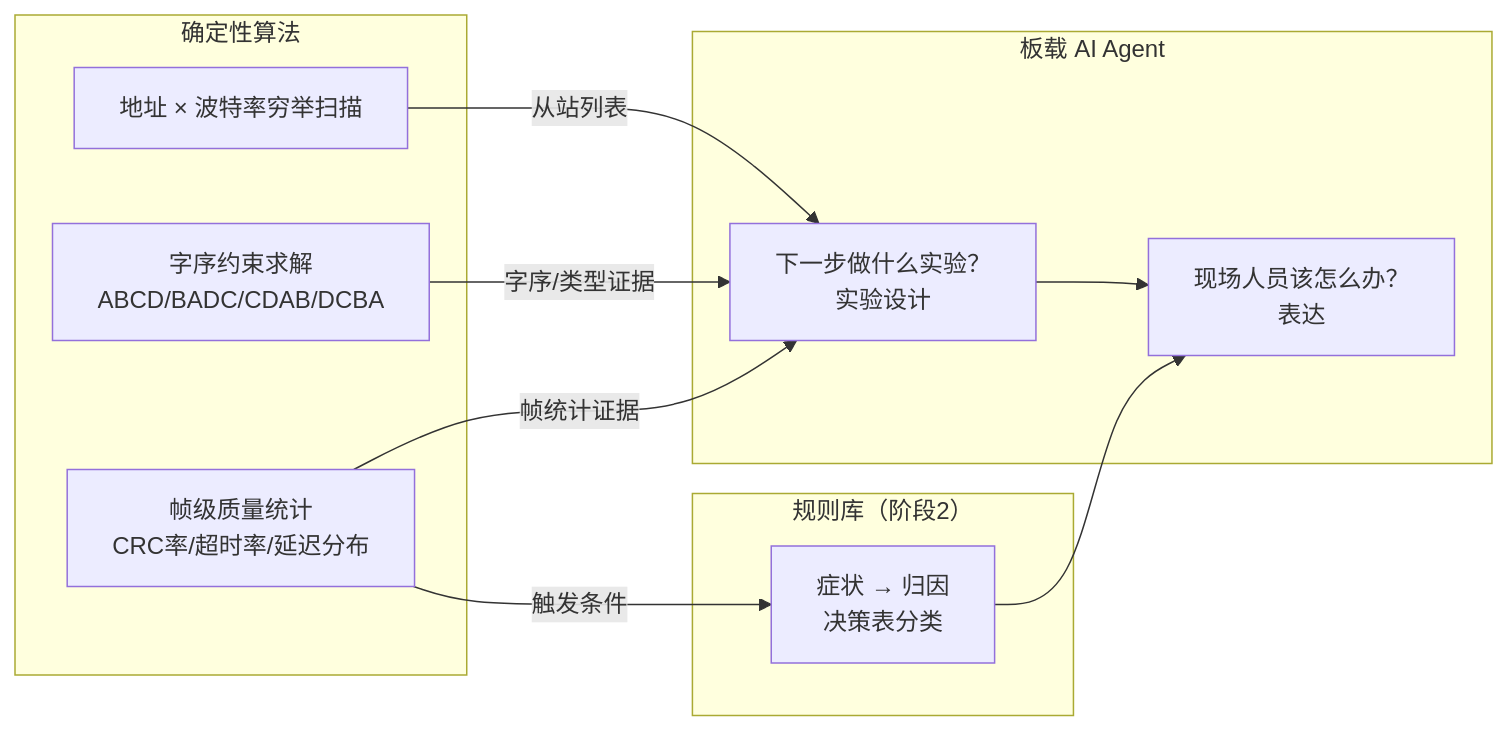
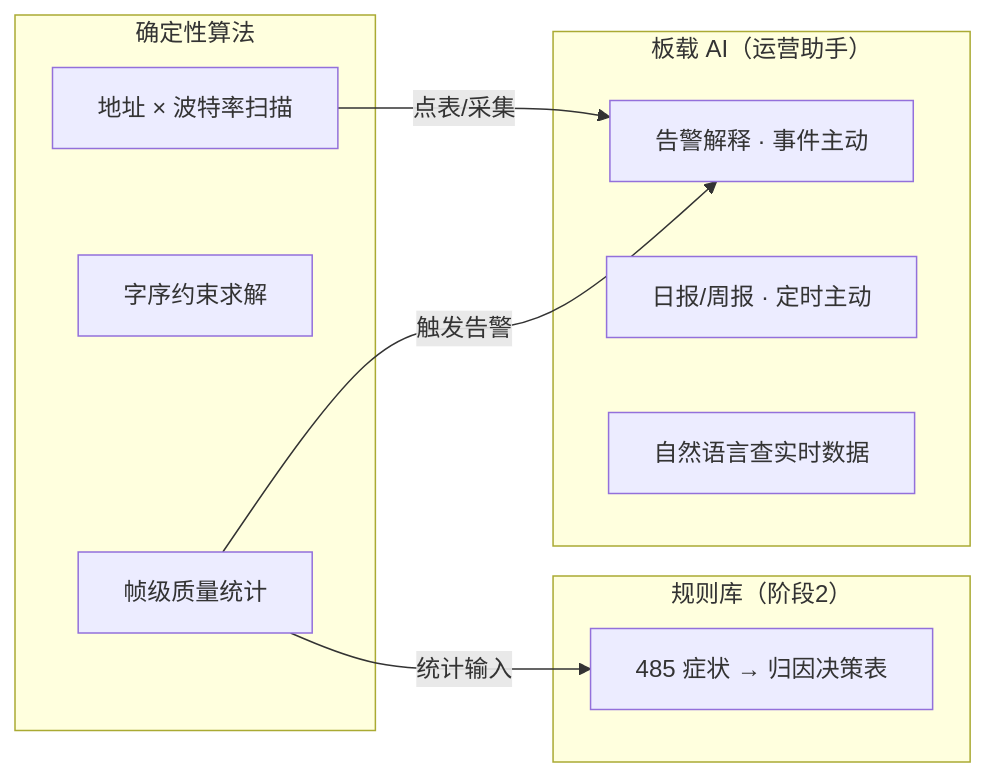
Before and after one commit to FoLeaf/contest2026_004_TeamFalcons: the fourth of 11 diagrams in README.md, drawn with Mermaid. The commit also changed other lines of this file and 337 other files, not shown here.

````diff
--- a/README.md
+++ b/README.md
@@ -138,24 +131,22 @@
 ```mermaid
 graph LR
     subgraph Det["确定性算法"]
-        D1["地址 × 波特率穷举扫描"]
-        D2["字序约束求解\nABCD/BADC/CDAB/DCBA"]
-        D3["帧级质量统计\nCRC率/超时率/延迟分布"]
+        D1["地址 × 波特率扫描"]
+        D2["字序约束求解"]
+        D3["帧级质量统计"]
     end
 
-    subgraph Agent["板载 AI Agent"]
-        A1["下一步做什么实验？\n实验设计"]
-        A2["现场人员该怎么办？\n表达"]
+    subgraph Agent["板载 AI（运营助手）"]
+        A1["告警解释 · 事件主动"]
+        A2["日报/周报 · 定时主动"]
+        A3["自然语言查实时数据"]
     end
 
     subgraph Rule["规则库（阶段2）"]
-        R1["症状 → 归因\n决策表分类"]
+        R1["485 症状 → 归因决策表"]
     end
 
-    D1 -->|"从站列表"| A1
-    D2 -->|"字序/类型证据"| A1
-    D3 -->|"帧统计证据"| A1
-    D3 -->|"触发条件"| R1
-    A1 --> A2
-    R1 --> A2
+    D1 -->|"点表/采集"| A1
+    D3 -->|"触发告警"| A1
+    D3 -->|"统计输入"| R1
 ```
````
